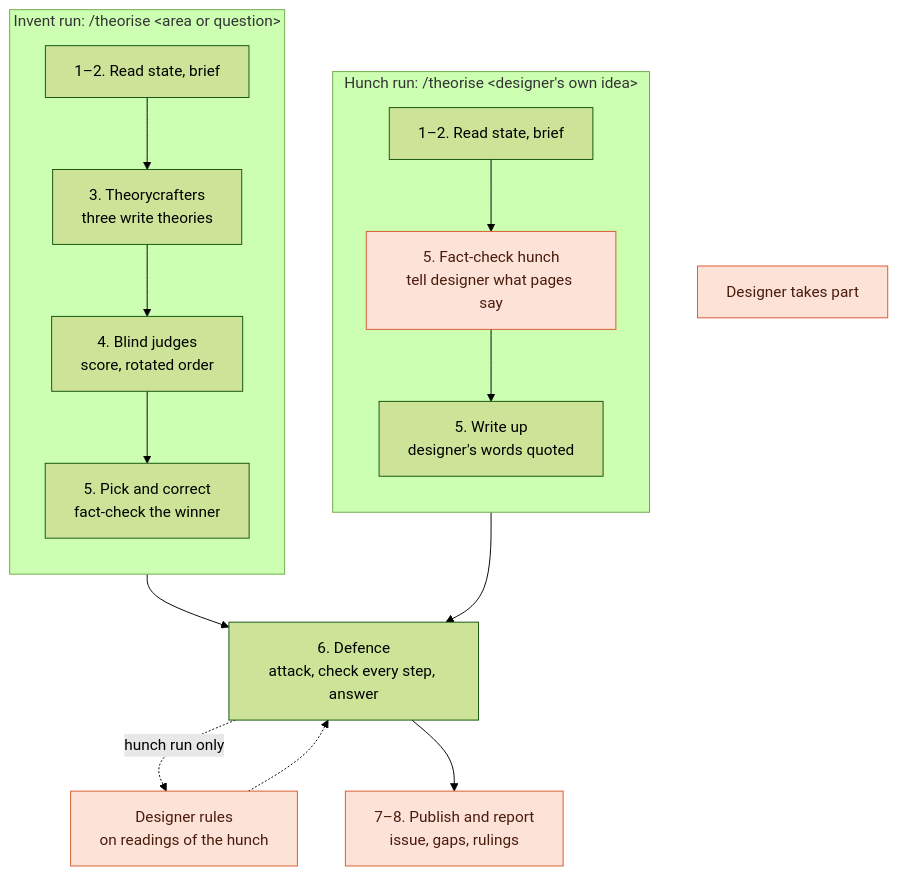
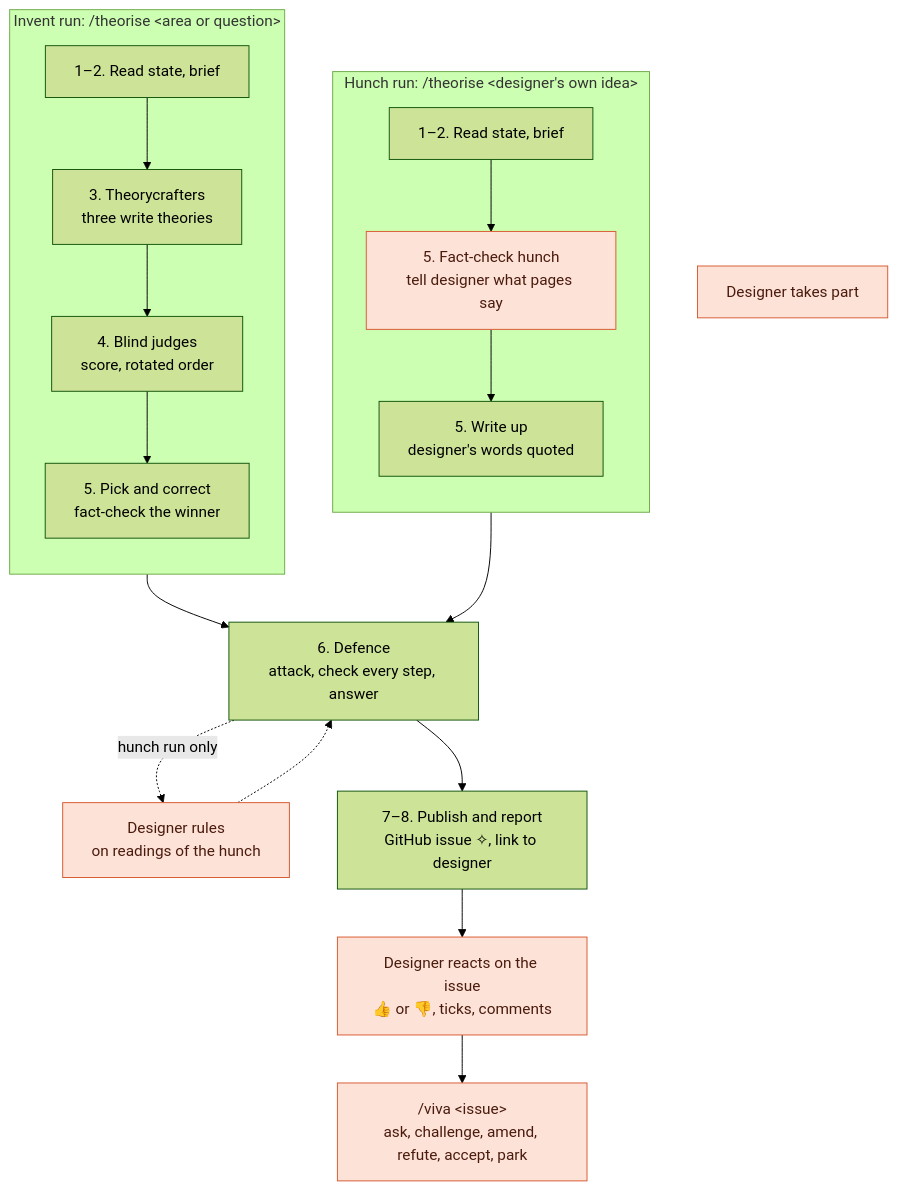
The diagram in docs/theories.md (TAGC/oneiros), drawn with Mermaid (forest theme) before and after one commit.

Commit message:
docs(theories): show the issue and the viva after a run

````diff
--- a/docs/theories.md
+++ b/docs/theories.md
@@ -39,22 +39,24 @@
 ```mermaid
 flowchart TB
   subgraph hunch ["Hunch run: /theorise #lt;designer's own idea#gt;"]
     direction TB
     h12["1–2. Read state, brief"] --> h5a["5. Fact-check hunch<br/>tell designer what pages say"]
     h5a --> h5b["5. Write up<br/>designer's words quoted"]
   end
   subgraph invent ["Invent run: /theorise #lt;area or question#gt;"]
     direction TB
     i12["1–2. Read state, brief"] --> i3["3. Theorycrafters<br/>three write theories"]
     i3 --> i4["4. Blind judges<br/>score, rotated order"]
     i4 --> i5["5. Pick and correct<br/>fact-check the winner"]
   end
   i5 --> defence["6. Defence<br/>attack, check every step, answer"]
   h5b --> defence
   defence -. "hunch run only" .-> rules["Designer rules<br/>on readings of the hunch"]
   rules -.-> defence
-  defence --> publish["7–8. Publish and report<br/>issue, gaps, rulings"]
+  defence --> publish["7–8. Publish and report<br/>GitHub issue ✧, link to designer"]
+  publish --> react["Designer reacts on the issue<br/>👍 or 👎, ticks, comments"]
+  react --> viva["/viva #lt;issue#gt;<br/>ask, challenge, amend, refute, accept, park"]
   key["Designer takes part"]
   classDef designer fill:#fde2d8,stroke:#d85a30,color:#4a1b0c
-  class h5a,rules,publish,key designer
+  class h5a,rules,react,viva,key designer
 ```
````
